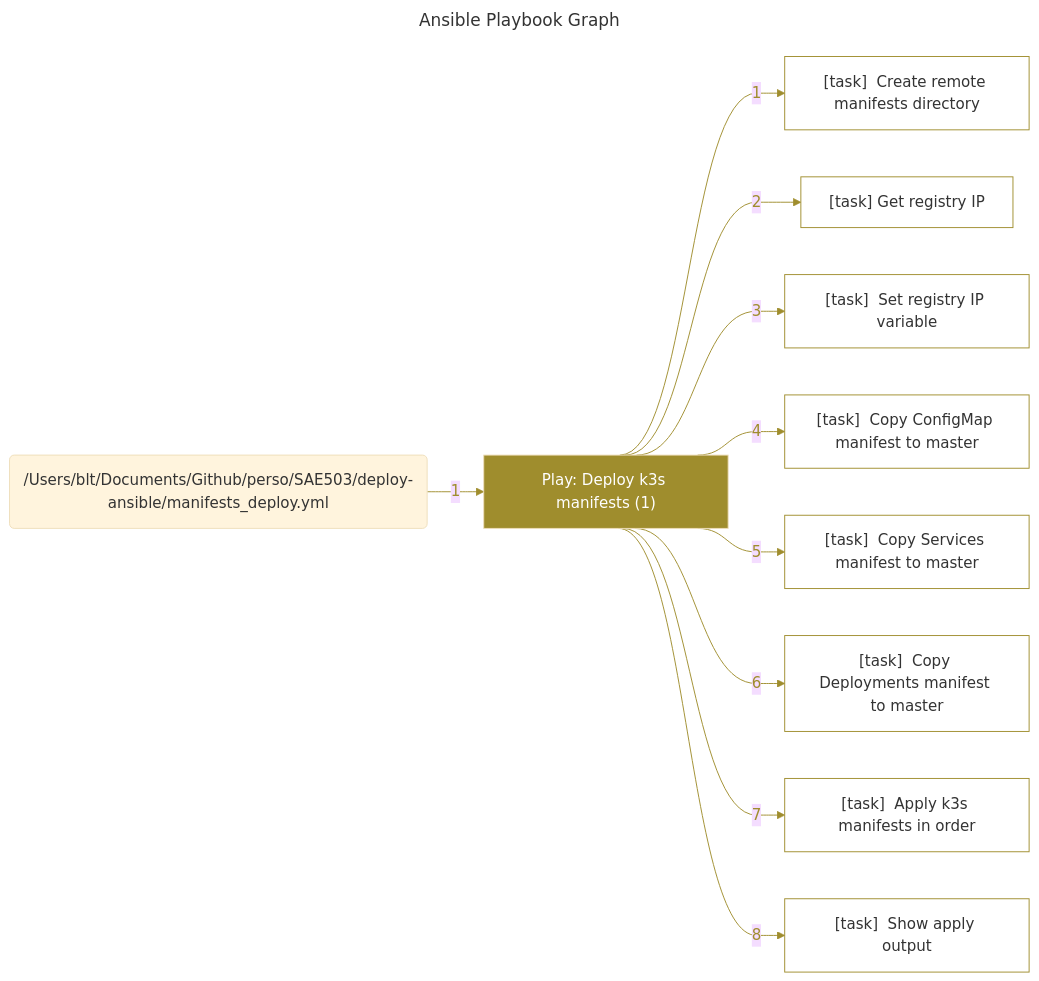
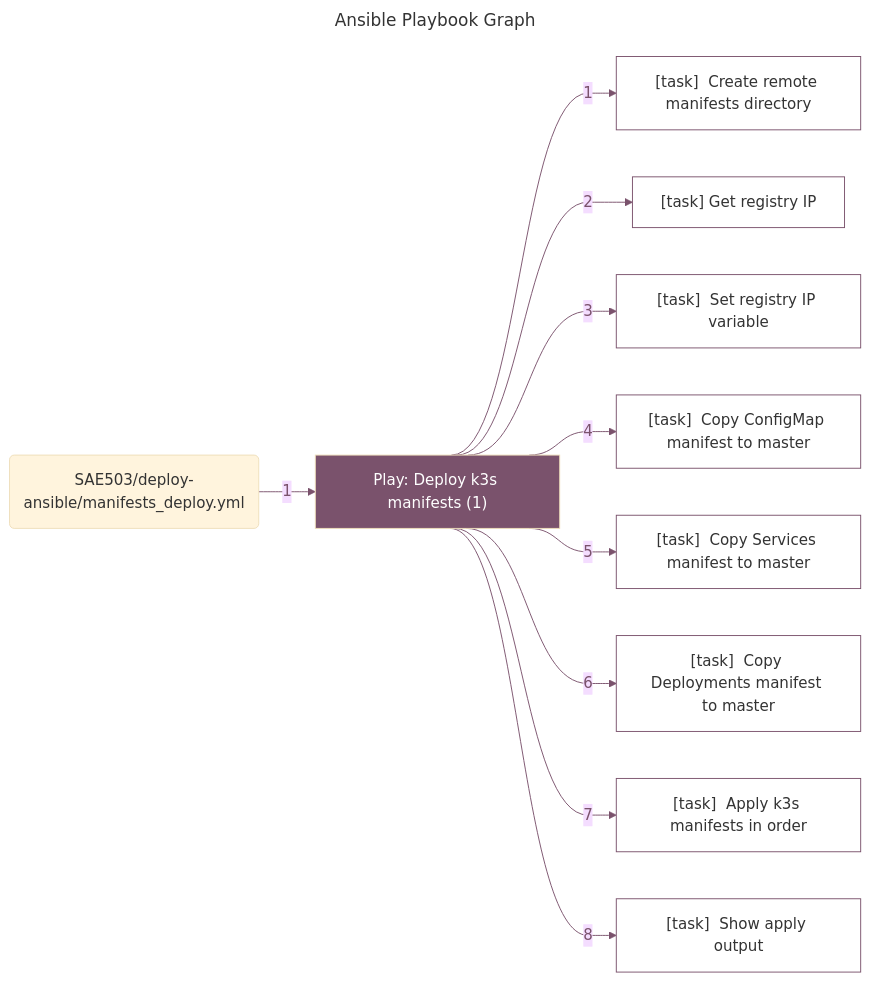
The diagram in graphs/manifests_deploy.md (basilelt/SAE503), drawn with Mermaid (base theme) before and after one commit. The commit also changed 3 other files, not shown here.

Commit message:
Update playbook graphs to remove hardcoded paths and enhance styling for better clarity

````diff
--- a/graphs/manifests_deploy.md
+++ b/graphs/manifests_deploy.md
@@ -1,49 +1,49 @@
 ```mermaid
 ---
 title: Ansible Playbook Graph
 ---
 %%{ init: { "flowchart": { "curve": "bumpX" } } }%%
 flowchart LR
-	%% Start of the playbook '/Users/blt/Documents/Github/perso/SAE503/deploy-ansible/manifests_deploy.yml'
-	playbook_e42e6076("/Users/blt/Documents/Github/perso/SAE503/deploy-ansible/manifests_deploy.yml")
+	%% Start of the playbook 'SAE503/deploy-ansible/manifests_deploy.yml'
+	playbook_3d6f821c("SAE503/deploy-ansible/manifests_deploy.yml")
 		%% Start of the play 'Play: Deploy k3s manifests (1)'
-		play_ac63fe5f["Play: Deploy k3s manifests (1)"]
-		style play_ac63fe5f fill:#9f8d2d,color:#ffffff
-		playbook_e42e6076 --> |"1"| play_ac63fe5f
-		linkStyle 0 stroke:#9f8d2d,color:#9f8d2d
-			task_d768a45f["[task]  Create remote manifests directory"]
-			style task_d768a45f stroke:#9f8d2d,fill:#ffffff
-			play_ac63fe5f --> |"1"| task_d768a45f
-			linkStyle 1 stroke:#9f8d2d,color:#9f8d2d
-			task_993b9c5a["[task]  Get registry IP"]
-			style task_993b9c5a stroke:#9f8d2d,fill:#ffffff
-			play_ac63fe5f --> |"2"| task_993b9c5a
-			linkStyle 2 stroke:#9f8d2d,color:#9f8d2d
-			task_930b3fbc["[task]  Set registry IP variable"]
-			style task_930b3fbc stroke:#9f8d2d,fill:#ffffff
-			play_ac63fe5f --> |"3"| task_930b3fbc
-			linkStyle 3 stroke:#9f8d2d,color:#9f8d2d
-			task_27571e9e["[task]  Copy ConfigMap manifest to master"]
-			style task_27571e9e stroke:#9f8d2d,fill:#ffffff
-			play_ac63fe5f --> |"4"| task_27571e9e
-			linkStyle 4 stroke:#9f8d2d,color:#9f8d2d
-			task_70d4366f["[task]  Copy Services manifest to master"]
-			style task_70d4366f stroke:#9f8d2d,fill:#ffffff
-			play_ac63fe5f --> |"5"| task_70d4366f
-			linkStyle 5 stroke:#9f8d2d,color:#9f8d2d
-			task_8ad47e26["[task]  Copy Deployments manifest to master"]
-			style task_8ad47e26 stroke:#9f8d2d,fill:#ffffff
-			play_ac63fe5f --> |"6"| task_8ad47e26
-			linkStyle 6 stroke:#9f8d2d,color:#9f8d2d
-			task_afc62228["[task]  Apply k3s manifests in order"]
-			style task_afc62228 stroke:#9f8d2d,fill:#ffffff
-			play_ac63fe5f --> |"7"| task_afc62228
-			linkStyle 7 stroke:#9f8d2d,color:#9f8d2d
-			task_32b6c833["[task]  Show apply output"]
-			style task_32b6c833 stroke:#9f8d2d,fill:#ffffff
-			play_ac63fe5f --> |"8"| task_32b6c833
-			linkStyle 8 stroke:#9f8d2d,color:#9f8d2d
+		play_1a453307["Play: Deploy k3s manifests (1)"]
+		style play_1a453307 fill:#7a526c,color:#ffffff
+		playbook_3d6f821c --> |"1"| play_1a453307
+		linkStyle 0 stroke:#7a526c,color:#7a526c
+			task_ecefef8b["[task]  Create remote manifests directory"]
+			style task_ecefef8b stroke:#7a526c,fill:#ffffff
+			play_1a453307 --> |"1"| task_ecefef8b
+			linkStyle 1 stroke:#7a526c,color:#7a526c
+			task_610bf271["[task]  Get registry IP"]
+			style task_610bf271 stroke:#7a526c,fill:#ffffff
+			play_1a453307 --> |"2"| task_610bf271
+			linkStyle 2 stroke:#7a526c,color:#7a526c
+			task_6e21daaf["[task]  Set registry IP variable"]
+			style task_6e21daaf stroke:#7a526c,fill:#ffffff
+			play_1a453307 --> |"3"| task_6e21daaf
+			linkStyle 3 stroke:#7a526c,color:#7a526c
+			task_f660a261["[task]  Copy ConfigMap manifest to master"]
+			style task_f660a261 stroke:#7a526c,fill:#ffffff
+			play_1a453307 --> |"4"| task_f660a261
+			linkStyle 4 stroke:#7a526c,color:#7a526c
+			task_66afeb57["[task]  Copy Services manifest to master"]
+			style task_66afeb57 stroke:#7a526c,fill:#ffffff
+			play_1a453307 --> |"5"| task_66afeb57
+			linkStyle 5 stroke:#7a526c,color:#7a526c
+			task_bdc12f7b["[task]  Copy Deployments manifest to master"]
+			style task_bdc12f7b stroke:#7a526c,fill:#ffffff
+			play_1a453307 --> |"6"| task_bdc12f7b
+			linkStyle 6 stroke:#7a526c,color:#7a526c
+			task_a39abc1e["[task]  Apply k3s manifests in order"]
+			style task_a39abc1e stroke:#7a526c,fill:#ffffff
+			play_1a453307 --> |"7"| task_a39abc1e
+			linkStyle 7 stroke:#7a526c,color:#7a526c
+			task_50e5efd9["[task]  Show apply output"]
+			style task_50e5efd9 stroke:#7a526c,fill:#ffffff
+			play_1a453307 --> |"8"| task_50e5efd9
+			linkStyle 8 stroke:#7a526c,color:#7a526c
 		%% End of the play 'Play: Deploy k3s manifests (1)'
-	%% End of the playbook '/Users/blt/Documents/Github/perso/SAE503/deploy-ansible/manifests_deploy.yml'
+	%% End of the playbook 'SAE503/deploy-ansible/manifests_deploy.yml'
 
 ```
````
